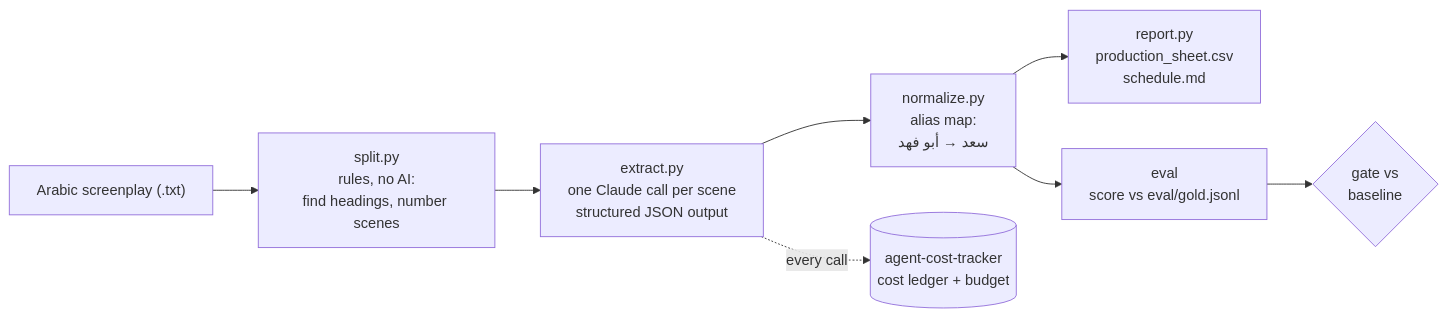
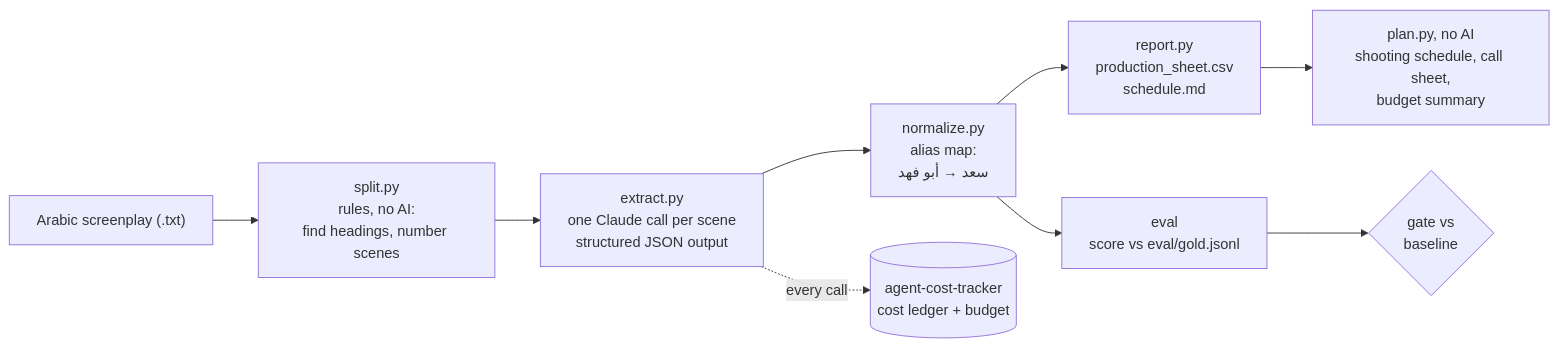
Before and after one commit to Ziad-Abdalla/media-ai-agents: the diagram in arabic-script-breakdown/README.md, drawn with Mermaid. The commit also changed other lines of this file, not shown here.

Commit message:
README: Arabic summary, why it matters for a production house, schedule/call sheet/budget, hard set

````diff
--- a/arabic-script-breakdown/README.md
+++ b/arabic-script-breakdown/README.md
@@ -20,10 +42,11 @@
 ```mermaid
 flowchart LR
     A["Arabic screenplay (.txt)"] --> B["split.py<br/>rules, no AI:<br/>find headings, number scenes"]
     B --> C["extract.py<br/>one Claude call per scene<br/>structured JSON output"]
     C --> D["normalize.py<br/>alias map:<br/>سعد → أبو فهد"]
     D --> E["report.py<br/>production_sheet.csv<br/>schedule.md"]
+    E --> P["plan.py, no AI<br/>shooting schedule, call sheet,<br/>budget summary"]
     C -. every call .-> T[("agent-cost-tracker<br/>cost ledger + budget")]
     D --> F["eval<br/>score vs eval/gold.jsonl"]
     F --> G{"gate vs<br/>baseline"}
 ```
````
